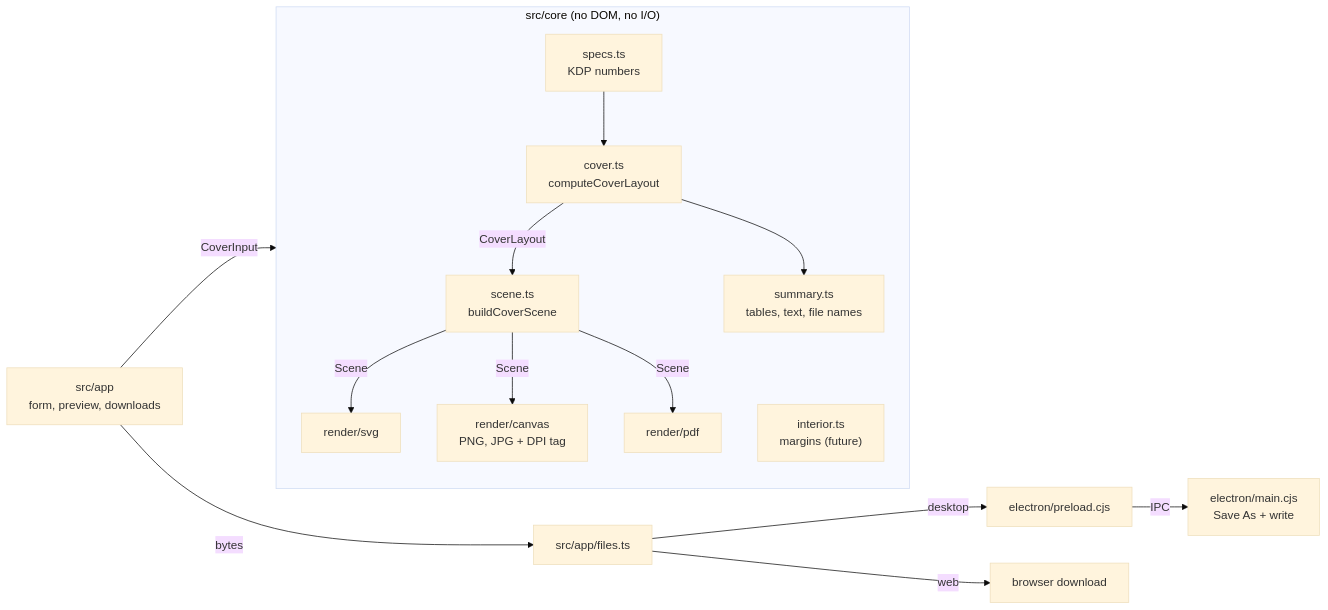
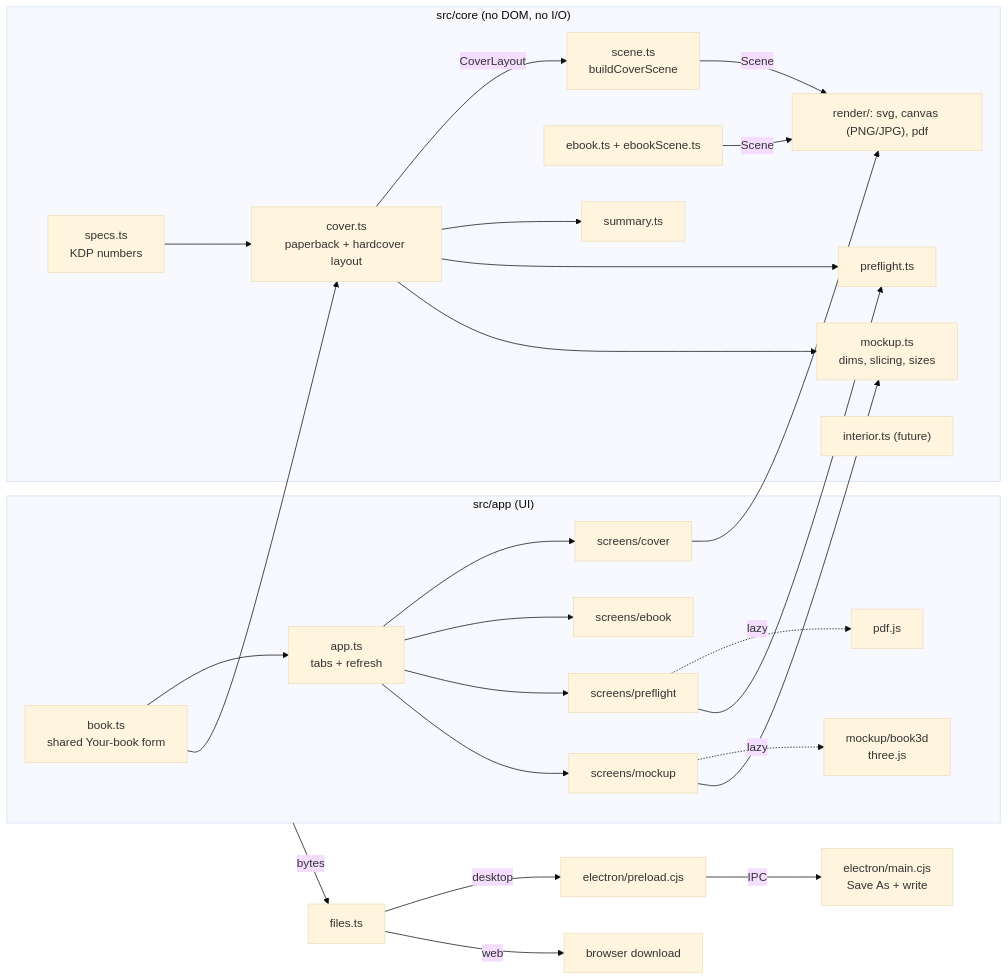
The diagram in docs/ARCHITECTURE.md (alirisner14/KDP-Perfect), drawn with Mermaid (base theme) before and after one commit. The commit also changed other lines of this file and 8 other files, not shown here.

````diff
--- a/docs/ARCHITECTURE.md
+++ b/docs/ARCHITECTURE.md
@@ -5,16 +5,29 @@
 ```mermaid
 flowchart LR
-  UI["src/app<br/>form, preview, downloads"] -->|CoverInput| Core
+  subgraph App["src/app (UI)"]
+    book["book.ts<br/>shared Your-book form"] --> shell["app.ts<br/>tabs + refresh"]
+    shell --> cover["screens/cover"]
+    shell --> ebook["screens/ebook"]
+    shell --> pre["screens/preflight"]
+    shell --> mock["screens/mockup"]
+    mock -. lazy .-> b3d["mockup/book3d<br/>three.js"]
+    pre -. lazy .-> pdfjs["pdf.js"]
+  end
   subgraph Core["src/core (no DOM, no I/O)"]
-    specs["specs.ts<br/>KDP numbers"] --> cover["cover.ts<br/>computeCoverLayout"]
-    cover -->|CoverLayout| scene["scene.ts<br/>buildCoverScene"]
-    scene -->|Scene| svg["render/svg"]
-    scene -->|Scene| canvas["render/canvas<br/>PNG, JPG + DPI tag"]
-    scene -->|Scene| pdf["render/pdf"]
-    cover --> summary["summary.ts<br/>tables, text, file names"]
-    interior["interior.ts<br/>margins (future)"]
+    specs["specs.ts<br/>KDP numbers"] --> coverc["cover.ts<br/>paperback + hardcover layout"]
+    coverc -->|CoverLayout| scene["scene.ts<br/>buildCoverScene"]
+    ebookc["ebook.ts + ebookScene.ts"] -->|Scene| renderers
+    scene -->|Scene| renderers["render/: svg, canvas (PNG/JPG), pdf"]
+    coverc --> summary["summary.ts"]
+    coverc --> preflightc["preflight.ts"]
+    coverc --> mockc["mockup.ts<br/>dims, slicing, sizes"]
+    interior["interior.ts (future)"]
   end
-  UI -->|bytes| files["src/app/files.ts"]
+  book --> coverc
+  cover --> renderers
+  mock --> mockc
+  pre --> preflightc
+  App -->|bytes| files["files.ts"]
   files -->|desktop| preload["electron/preload.cjs"] -->|IPC| main["electron/main.cjs<br/>Save As + write"]
   files -->|web| dl["browser download"]
 ```
````
